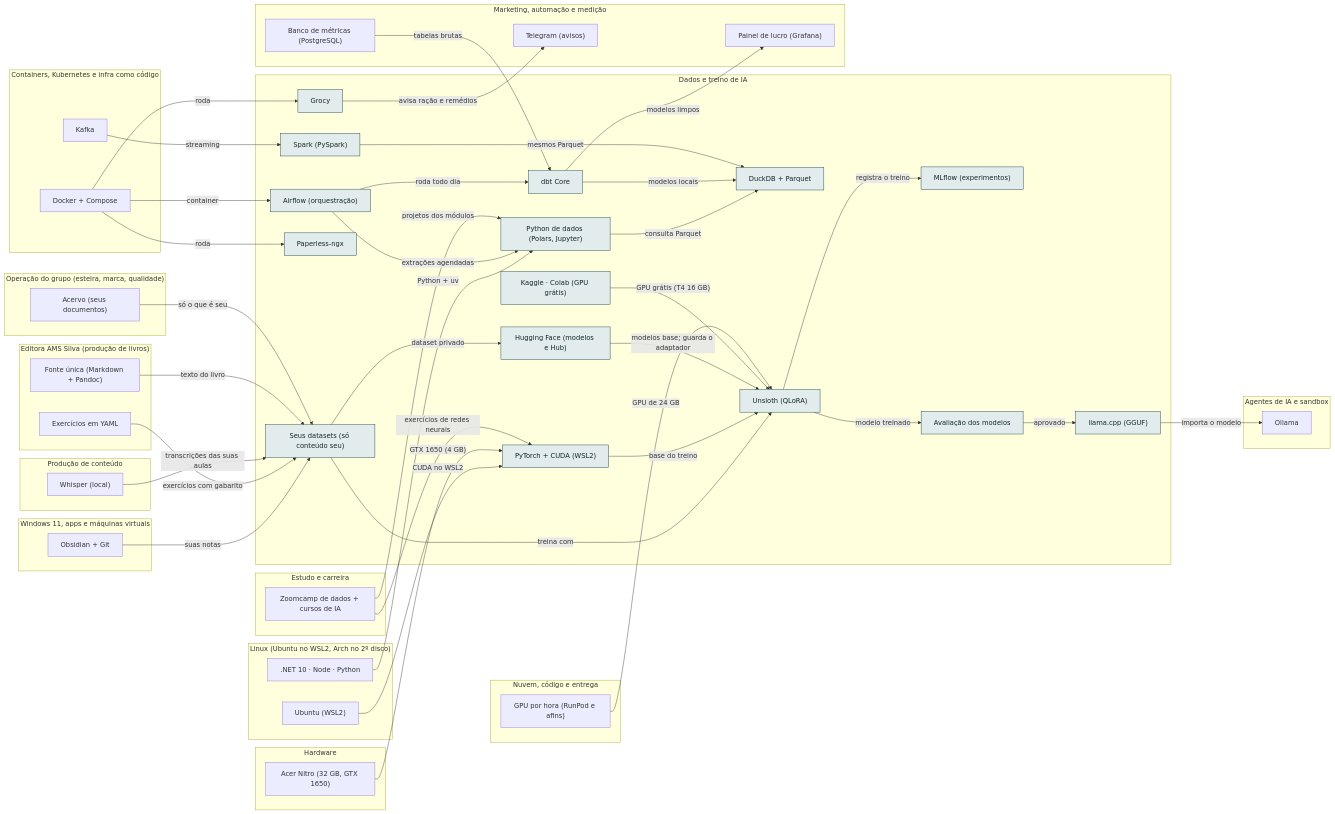
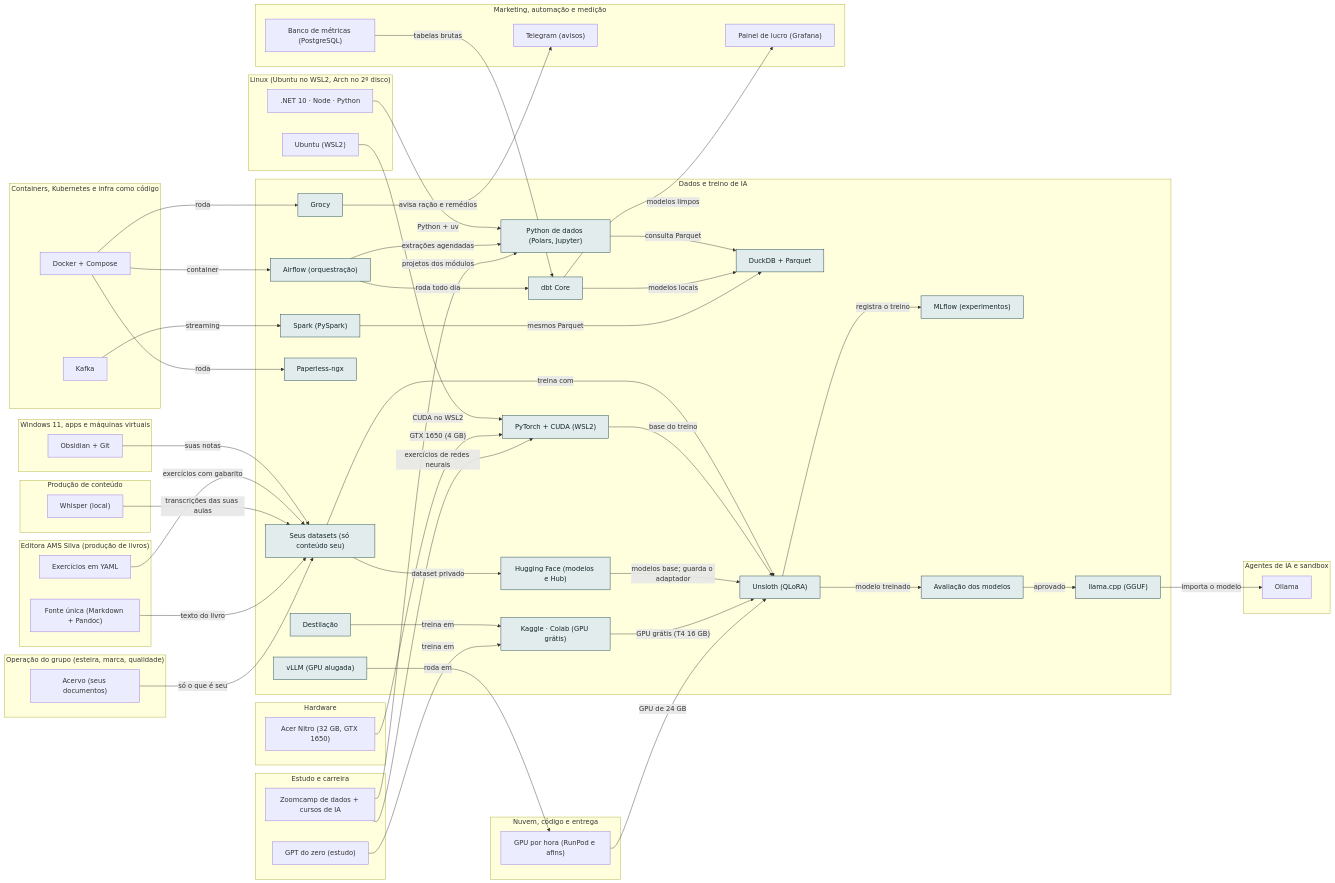
Before and after one commit to AlanMateus17/dev-setup: the diagram in docs/camadas/06-dados.md, drawn with Mermaid. The commit also changed other lines of this file and 56 other files, not shown here.

````diff
--- a/docs/camadas/06-dados.md
+++ b/docs/camadas/06-dados.md
@@ -29,6 +29,8 @@
     n_gguf["llama.cpp (GGUF)"]
     n_paperless["Paperless-ngx"]
     n_grocy["Grocy"]
+    n_vllm["vLLM (GPU alugada)"]
+    n_destilacao["Destilação"]
   end
   subgraph L_oper["Operação do grupo (esteira, marca, qualidade)"]
     n_acv["Acervo (seus documentos)"]
@@ -44,6 +46,7 @@
   end
   subgraph L_est["Estudo e carreira"]
     n_dez["Zoomcamp de dados + cursos de IA"]
+    n_gptzero["GPT do zero (estudo)"]
   end
   subgraph L_cont["Produção de conteúdo"]
     n_whis["Whisper (local)"]
@@ -95,11 +98,14 @@
   n_unsl -->|"modelo treinado"| n_evals
   n_kgl -->|"GPU grátis (T4 16 GB)"| n_unsl
   n_gpuh -->|"GPU de 24 GB"| n_unsl
+  n_destilacao -->|"treina em"| n_kgl
+  n_gptzero -->|"treina em"| n_kgl
   n_evals -->|"aprovado"| n_gguf
   n_gguf -->|"importa o modelo"| n_oll
   n_docker -->|"roda"| n_paperless
   n_grocy -->|"avisa ração e remédios"| n_tg
   n_docker -->|"roda"| n_grocy
+  n_vllm -->|"roda em"| n_gpuh
   classDef desta fill:#e2ecec,stroke:#0e3a45,color:#13262b
-  class n_pyds,n_duck,n_dbt,n_orq,n_spark,n_dset,n_torch,n_hf,n_unsl,n_kgl,n_mlflow,n_evals,n_gguf,n_paperless,n_grocy desta
+  class n_pyds,n_duck,n_dbt,n_orq,n_spark,n_dset,n_torch,n_hf,n_unsl,n_kgl,n_mlflow,n_evals,n_gguf,n_paperless,n_grocy,n_vllm,n_destilacao desta
 ```
````
